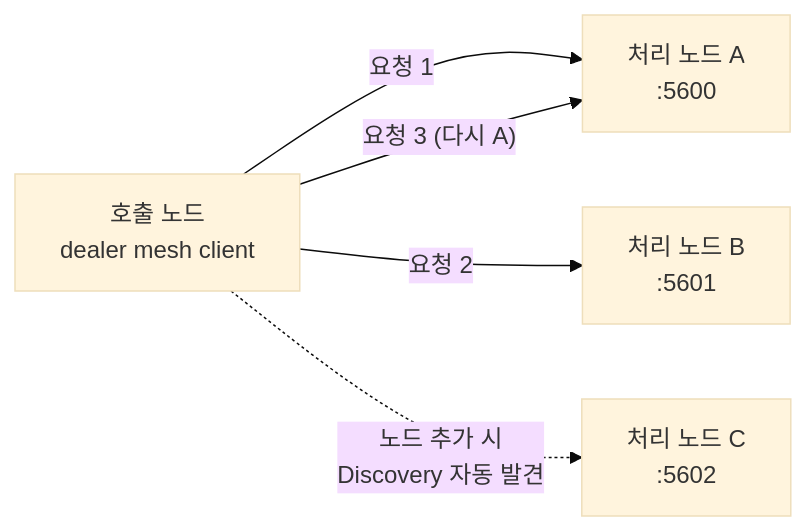
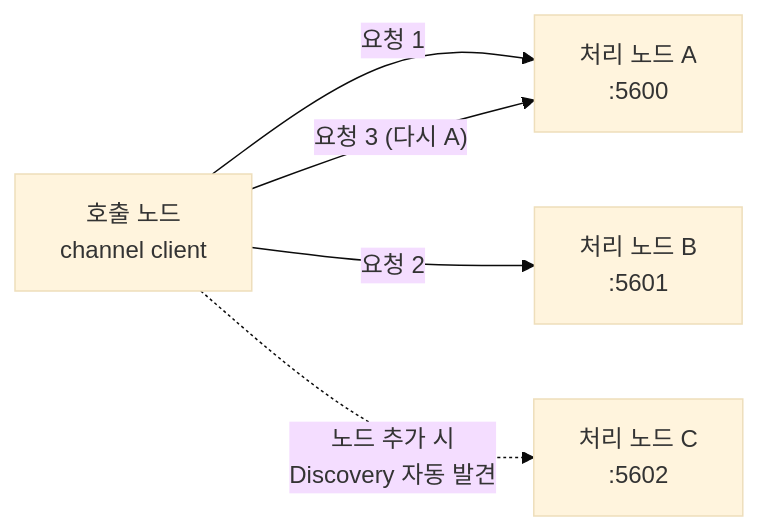
One commit to kairos-code-dev/zlink changed the second of 3 diagrams in framework/doc/framework/dotnet/guide/04-channel-messaging.ko.md. Above: the diagram before and after it, drawn with Mermaid (base theme). The commit also changed other lines of this file and 410 other files, not shown here.

````diff
--- a/framework/doc/framework/dotnet/guide/04-channel-messaging.ko.md
+++ b/framework/doc/framework/dotnet/guide/04-channel-messaging.ko.md
@@ -532,7 +522,7 @@
 ```mermaid
 graph LR
-    C["호출 노드<br/>dealer mesh client"] -->|"요청 1"| A["처리 노드 A<br/>:5600"]
+    C["호출 노드<br/>channel client"] -->|"요청 1"| A["처리 노드 A<br/>:5600"]
     C -->|"요청 2"| B["처리 노드 B<br/>:5601"]
     C -->|"요청 3 (다시 A)"| A
     C -.->|"노드 추가 시<br/>Discovery 자동 발견"| D["처리 노드 C<br/>:5602"]
 ```
````
